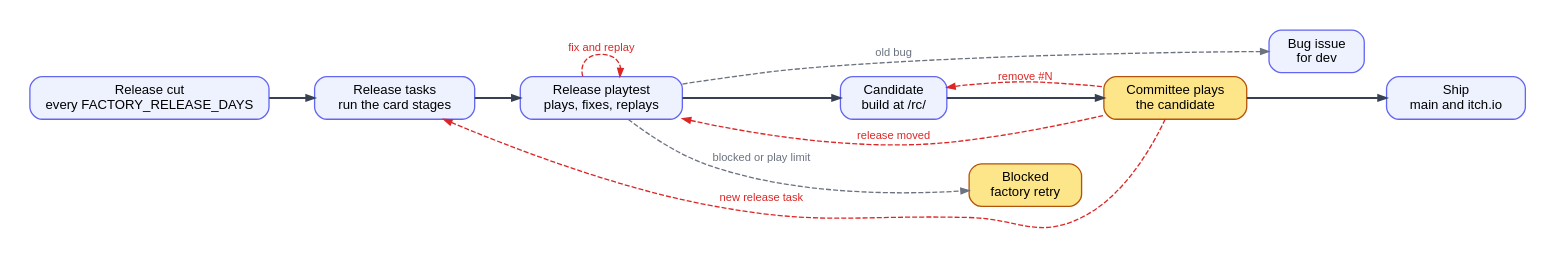
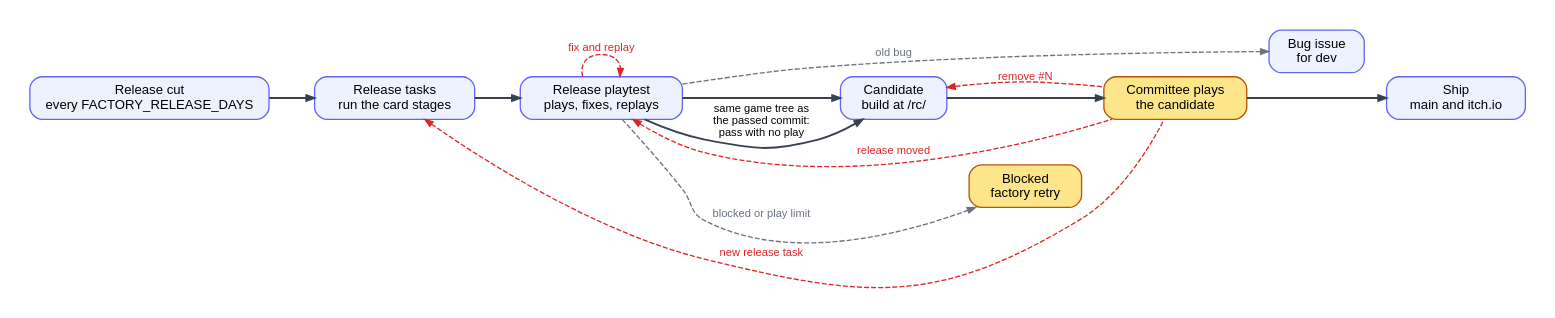
The diagram in factory/docs/diagrams/release.dot (btseytlin/road-machiners), drawn with Graphviz before and after one commit. The commit also changed 5 other files, not shown here.

```diff
--- a/factory/docs/diagrams/release.dot
+++ b/factory/docs/diagrams/release.dot
@@ -1,19 +1,20 @@
 // Release. Black: normal path. Red: loops back. Grey: stops the flow. Yellow: waits for people.
 digraph release {
   rankdir=LR; nodesep=0.3; ranksep=0.6; bgcolor=white; pad=0.3;
   node [shape=box, style="rounded,filled", fillcolor="#eef2ff", color="#6366f1", fontname="Helvetica", fontsize=13, margin="0.2,0.1", penwidth=1.3, width=1.3];
   edge [color="#374151", penwidth=1.8, arrowsize=0.8, fontname="Helvetica", fontsize=11];
   C [label="Release cut\nevery FACTORY_RELEASE_DAYS"]; T [label="Release tasks\nrun the card stages"]; G [label="Release playtest\nplays, fixes, replays"]; B [label="Candidate\nbuild at /rc/"];
   P [label="Committee plays\nthe candidate", fillcolor="#fde68a", color="#b45309"]; S [label="Ship\nmain and itch.io"];
   BL [label="Blocked\nfactory retry", fillcolor="#fde68a", color="#b45309"]; D [label="Bug issue\nfor dev"];
   C -> T -> G -> B -> P -> S [weight=100];
+  G -> B [label="same game tree as\nthe passed commit:\npass with no play", weight=0];
   edge [color="#dc2626", fontcolor="#dc2626", style=dashed, penwidth=1.3, dir=back, weight=0];
   T -> P [label="new release task"];
   B -> P [label="remove #N"];
   G -> P [label="release moved"];
   edge [color="#dc2626", fontcolor="#dc2626", style=dashed, penwidth=1.3, dir=forward, weight=0];
   G -> G [label="fix and replay"];
   edge [color="#6b7280", fontcolor="#6b7280", style=dashed, penwidth=1.3, dir=forward, weight=0];
   G -> BL [label="blocked or play limit"];
   G -> D [label="old bug"];
 }
```
